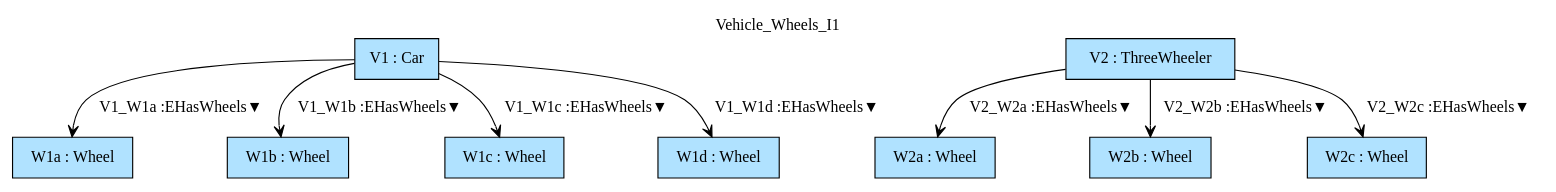
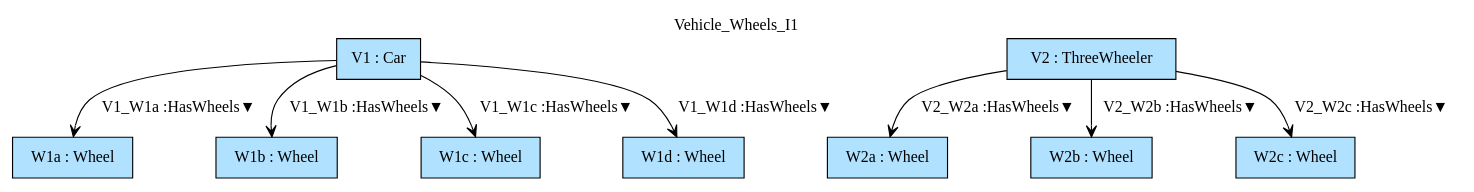
The diagram in Haskell/FragmentaTests/SGVehicleParts/img/Vehicle_Wheels_I1.gv (namalio/Fragmenta), drawn with Graphviz before and after one commit. The commit also changed 32 other files, not shown here.

```diff
--- a/Haskell/FragmentaTests/SGVehicleParts/img/Vehicle_Wheels_I1.gv
+++ b/Haskell/FragmentaTests/SGVehicleParts/img/Vehicle_Wheels_I1.gv
@@ -1,19 +1,19 @@
 digraph {graph[label=Vehicle_Wheels_I1,labelloc=tl,labelfontsize=12];
 "W1a"[shape=box,fillcolor=lightskyblue1,style = filled,label="W1a : Wheel"];
 "W1b"[shape=box,fillcolor=lightskyblue1,style = filled,label="W1b : Wheel"];
 "W1c"[shape=box,fillcolor=lightskyblue1,style = filled,label="W1c : Wheel"];
 "V1"[shape=box,fillcolor=lightskyblue1,style = filled,label="V1 : Car"];
 "W1d"[shape=box,fillcolor=lightskyblue1,style = filled,label="W1d : Wheel"];
 "W2a"[shape=box,fillcolor=lightskyblue1,style = filled,label="W2a : Wheel"];
 "W2b"[shape=box,fillcolor=lightskyblue1,style = filled,label="W2b : Wheel"];
 "V2"[shape=box,fillcolor=lightskyblue1,style = filled,label="V2 : ThreeWheeler"];
 "W2c"[shape=box,fillcolor=lightskyblue1,style = filled,label="W2c : Wheel"];
 
-"V1"->"W1a"[label="V1_W1a :EHasWheels▼",arrowhead=vee];
-"V1"->"W1b"[label="V1_W1b :EHasWheels▼",arrowhead=vee];
-"V1"->"W1c"[label="V1_W1c :EHasWheels▼",arrowhead=vee];
-"V1"->"W1d"[label="V1_W1d :EHasWheels▼",arrowhead=vee];
-"V2"->"W2a"[label="V2_W2a :EHasWheels▼",arrowhead=vee];
-"V2"->"W2b"[label="V2_W2b :EHasWheels▼",arrowhead=vee];
-"V2"->"W2c"[label="V2_W2c :EHasWheels▼",arrowhead=vee];
+"V1"->"W1a"[label="V1_W1a :HasWheels▼",arrowhead=vee];
+"V1"->"W1b"[label="V1_W1b :HasWheels▼",arrowhead=vee];
+"V1"->"W1c"[label="V1_W1c :HasWheels▼",arrowhead=vee];
+"V1"->"W1d"[label="V1_W1d :HasWheels▼",arrowhead=vee];
+"V2"->"W2a"[label="V2_W2a :HasWheels▼",arrowhead=vee];
+"V2"->"W2b"[label="V2_W2b :HasWheels▼",arrowhead=vee];
+"V2"->"W2c"[label="V2_W2c :HasWheels▼",arrowhead=vee];
 }
```
